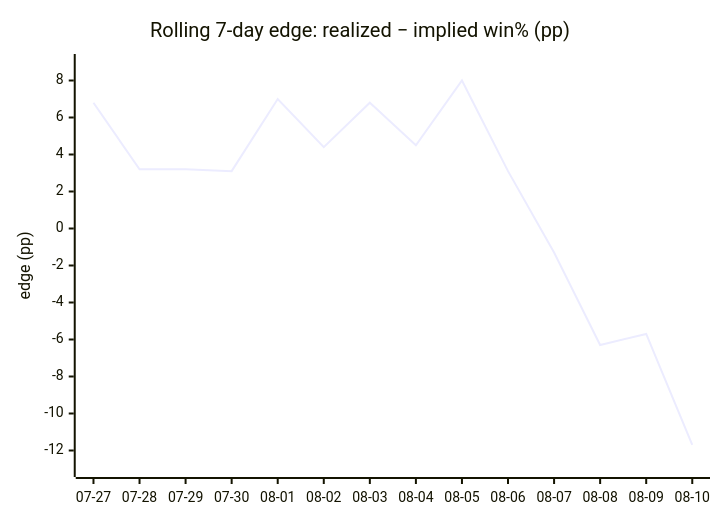
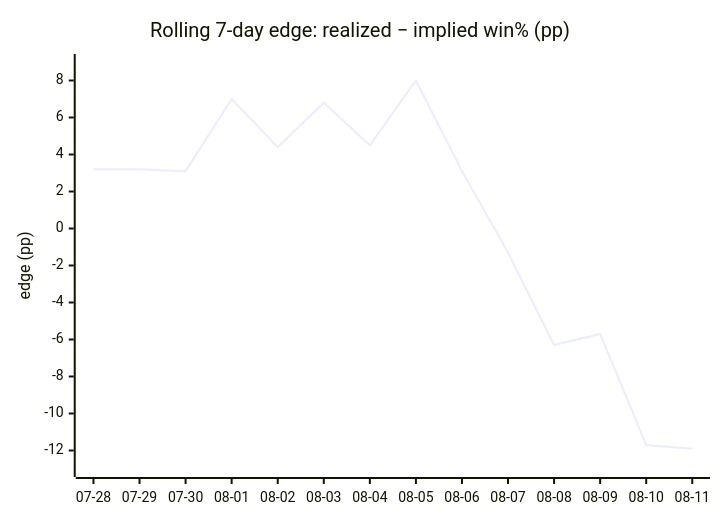
One commit to dpk1212/nhl-savant changed the fourth of 4 diagrams in DAILY_AGSU_REPORT.md. Above: the diagram before and after it, drawn with Mermaid. The commit also changed other lines of this file, not shown here.

````diff
--- a/DAILY_AGSU_REPORT.md
+++ b/DAILY_AGSU_REPORT.md
@@ -795,7 +776,7 @@
 ```mermaid
 xychart-beta
     title "Rolling 7-day edge: realized − implied win% (pp)"
-    x-axis ["07-27", "07-28", "07-29", "07-30", "08-01", "08-02", "08-03", "08-04", "08-05", "08-06", "08-07", "08-08", "08-09", "08-10"]
+    x-axis ["07-28", "07-29", "07-30", "08-01", "08-02", "08-03", "08-04", "08-05", "08-06", "08-07", "08-08", "08-09", "08-10", "08-11"]
     y-axis "edge (pp)" -13 --> 9
-    line [6.8, 3.2, 3.2, 3.1, 7, 4.4, 6.8, 4.5, 8, 3.1, -1.3, -6.3, -5.7, -11.7]
+    line [3.2, 3.2, 3.1, 7, 4.4, 6.8, 4.5, 8, 3.1, -1.3, -6.3, -5.7, -11.7, -11.9]
 ```
````
